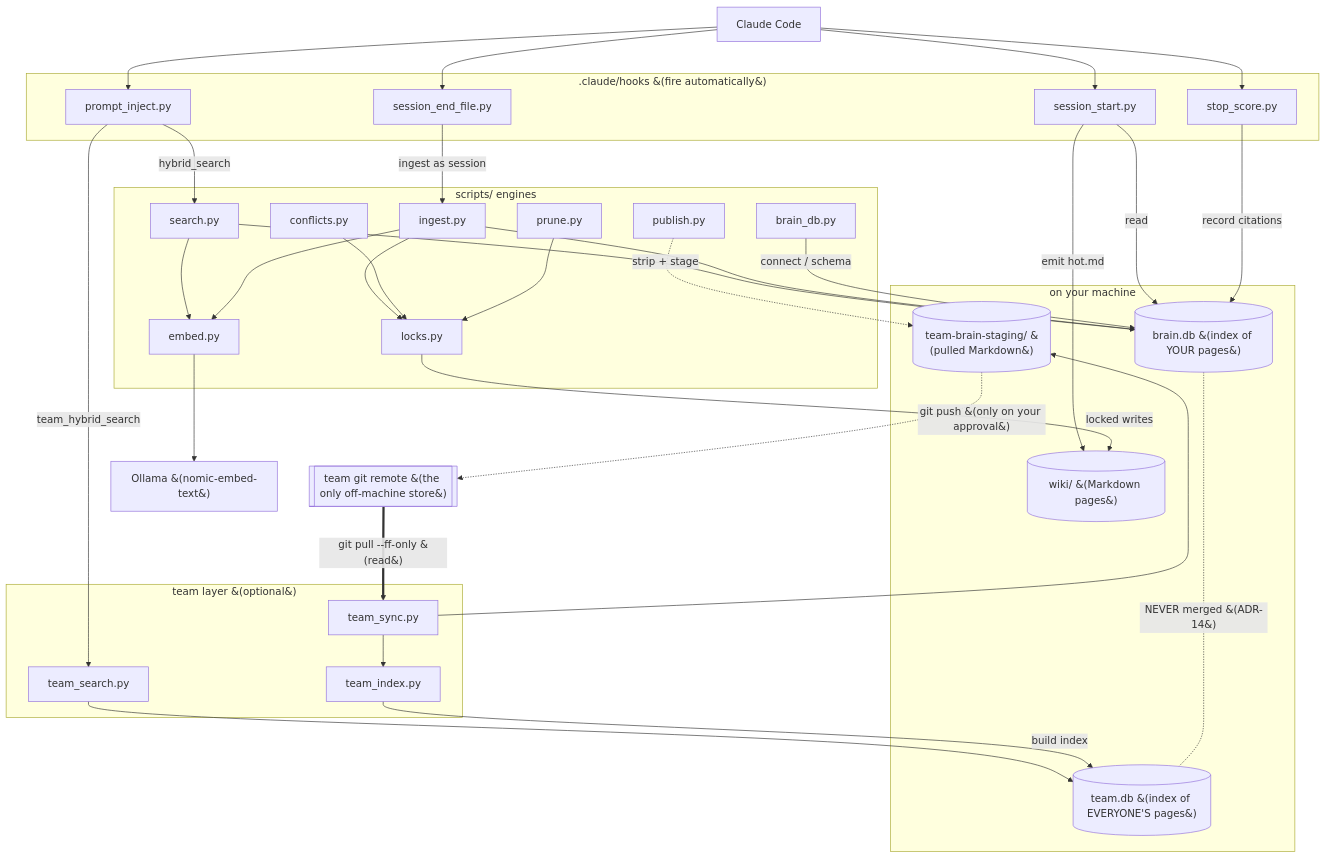
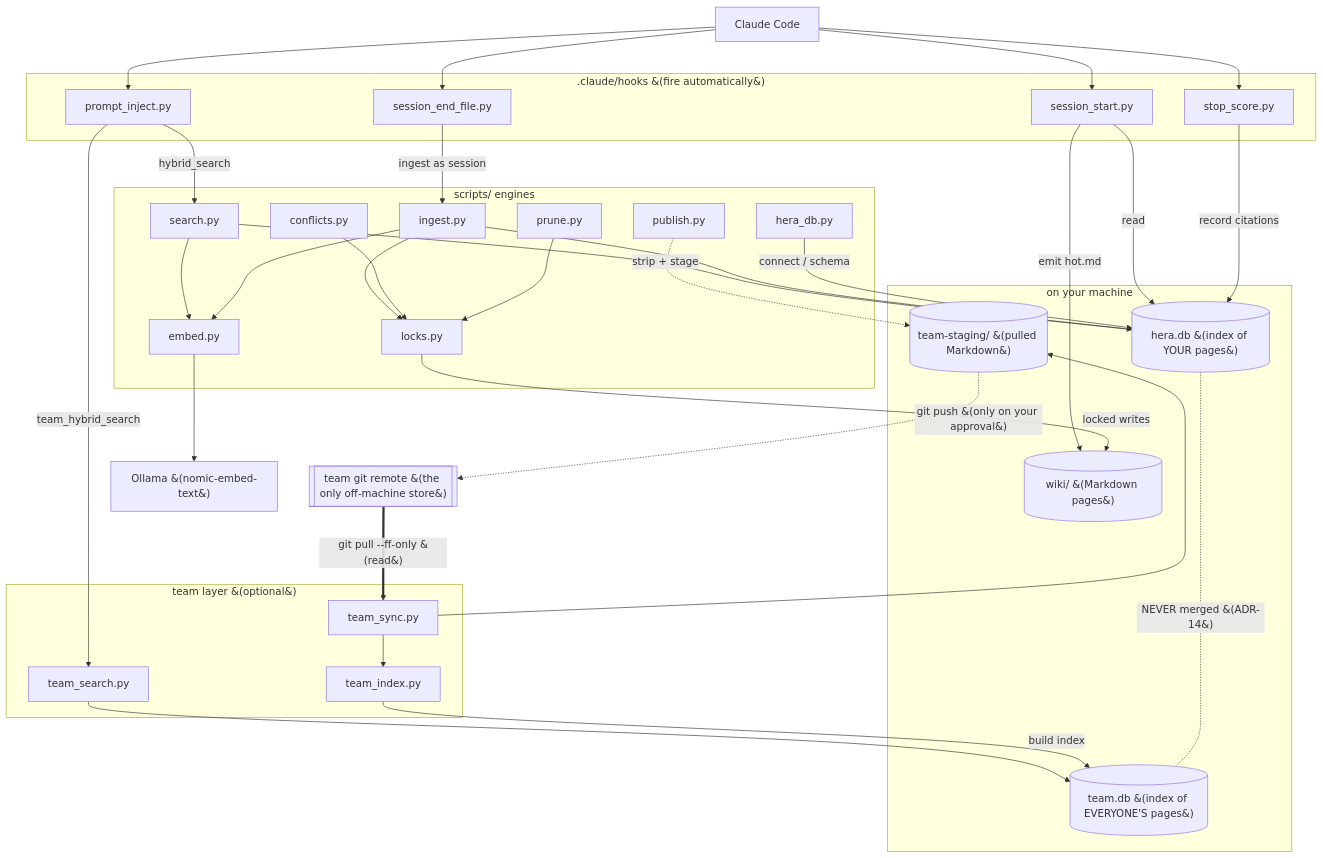
Before and after one commit to randyren278/hera: the first of 2 diagrams in docs/ARCHITECTURE.md, drawn with Mermaid. The commit also changed other lines of this file and 125 other files, not shown here.

First line of the commit message:
refactor: rename everything brain -> hera

````diff
--- a/docs/ARCHITECTURE.md
+++ b/docs/ARCHITECTURE.md
@@ -29,70 +29,70 @@
 ```mermaid
 flowchart TD
   CC["Claude Code"]
 
   subgraph hooks[".claude/hooks &#40;fire automatically&#41;"]
     SS["session_start.py"]
     PI["prompt_inject.py"]
     SC["stop_score.py"]
     SE["session_end_file.py"]
   end
 
   subgraph engines["scripts/ engines"]
     ING["ingest.py"]
     SRCH["search.py"]
     CONF["conflicts.py"]
     PRUNE["prune.py"]
     PUB["publish.py"]
     LOCKS["locks.py"]
     EMBED["embed.py"]
-    BDB["brain_db.py"]
+    BDB["hera_db.py"]
   end
 
   subgraph team["team layer &#40;optional&#41;"]
     TSYNC["team_sync.py"]
     TIDX["team_index.py"]
     TSRCH["team_search.py"]
   end
 
   subgraph localstores["on your machine"]
     WIKI[("wiki/ &#40;Markdown pages&#41;")]
-    DB[("brain.db &#40;index of YOUR pages&#41;")]
-    STAGE[("team-brain-staging/ &#40;pulled Markdown&#41;")]
+    DB[("hera.db &#40;index of YOUR pages&#41;")]
+    STAGE[("team-staging/ &#40;pulled Markdown&#41;")]
     TDB[("team.db &#40;index of EVERYONE'S pages&#41;")]
   end
 
   OLLAMA["Ollama &#40;nomic-embed-text&#41;"]
   REMOTE[["team git remote &#40;the only off-machine store&#41;"]]
 
   CC --> SS
   CC --> PI
   CC --> SC
   CC --> SE
 
   SS -->|read| DB
   SS -->|emit hot.md| WIKI
   PI -->|hybrid_search| SRCH
   PI -->|team_hybrid_search| TSRCH
   SC -->|record citations| DB
   SE -->|ingest as session| ING
 
   SRCH --> DB
   SRCH --> EMBED
   TSRCH --> TDB
   EMBED --> OLLAMA
   ING --> LOCKS
   ING --> EMBED
   CONF --> LOCKS
   PRUNE --> LOCKS
   LOCKS -->|locked writes| WIKI
   ING --> DB
   BDB -->|connect / schema| DB
 
   PUB -. "strip + stage" .-> STAGE
   STAGE -. "git push &#40;only on your approval&#41;" .-> REMOTE
   REMOTE == "git pull --ff-only &#40;read&#41;" ==> TSYNC
   TSYNC --> STAGE
   TSYNC --> TIDX
   TIDX -->|build index| TDB
   DB -. "NEVER merged &#40;ADR-14&#41;" .- TDB
 ```
````
